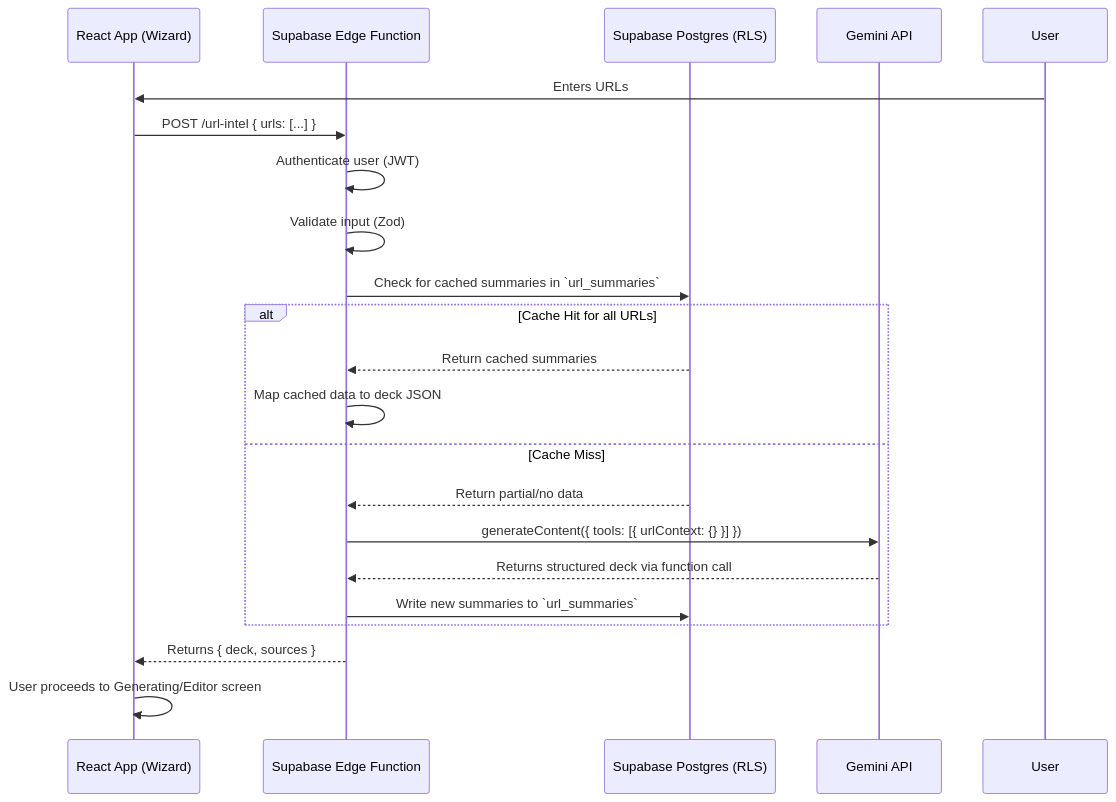
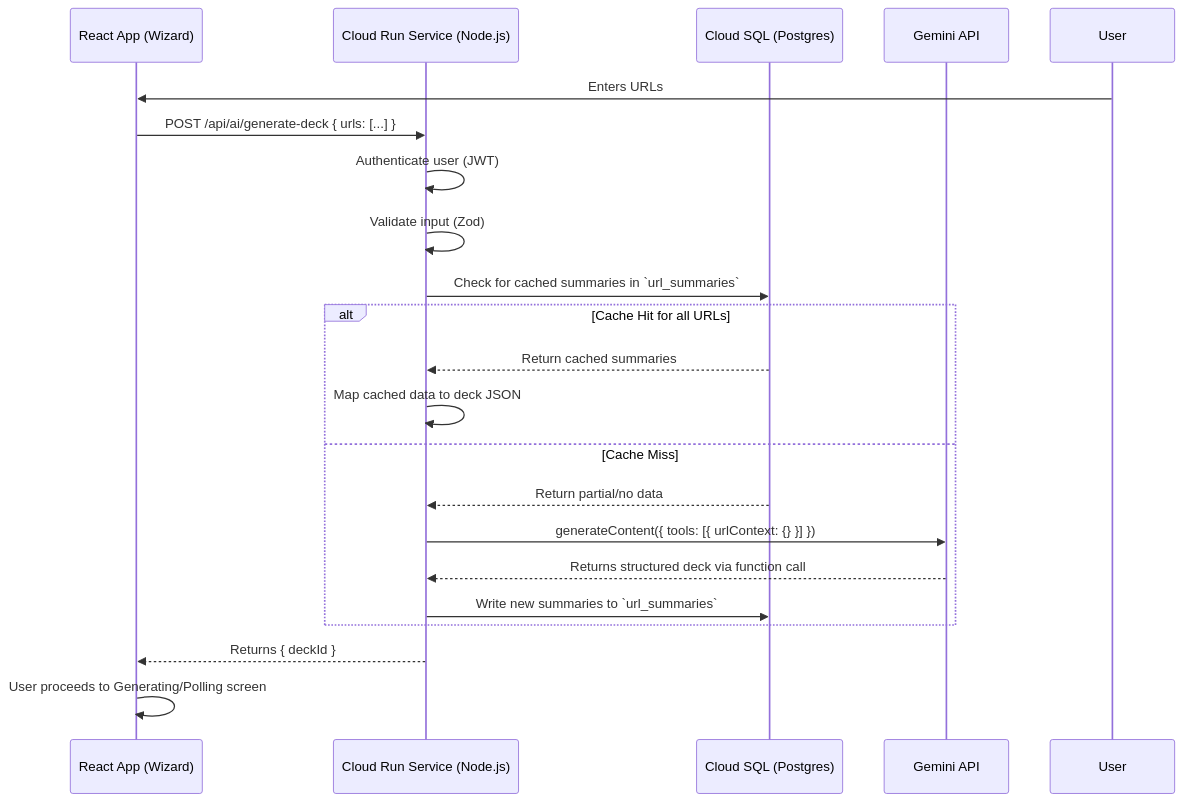
Before and after one commit to amo-tech-ai/sun100: the diagram in docs/38-url-context-wizard-plan.md, drawn with Mermaid. The commit also changed other lines of this file and 65 other files, not shown here.

````diff
--- a/docs/38-url-context-wizard-plan.md
+++ b/docs/38-url-context-wizard-plan.md
@@ -13,24 +13,24 @@
 ```mermaid
 sequenceDiagram
     participant Client as React App (Wizard)
-    participant Edge as Supabase Edge Function
-    participant DB as Supabase Postgres (RLS)
+    participant Backend as Cloud Run Service (Node.js)
+    participant DB as Cloud SQL (Postgres)
     participant Gemini as Gemini API
 
     User->>Client: Enters URLs
-    Client->>Edge: POST /url-intel { urls: [...] }
-    Edge->>Edge: Authenticate user (JWT)
-    Edge->>Edge: Validate input (Zod)
-    Edge->>DB: Check for cached summaries in `url_summaries`
+    Client->>Backend: POST /api/ai/generate-deck { urls: [...] }
+    Backend->>Backend: Authenticate user (JWT)
+    Backend->>Backend: Validate input (Zod)
+    Backend->>DB: Check for cached summaries in `url_summaries`
     alt Cache Hit for all URLs
-        DB-->>Edge: Return cached summaries
-        Edge->>Edge: Map cached data to deck JSON
+        DB-->>Backend: Return cached summaries
+        Backend->>Backend: Map cached data to deck JSON
     else Cache Miss
-        DB-->>Edge: Return partial/no data
-        Edge->>Gemini: generateContent({ tools: [{ urlContext: {} }] })
-        Gemini-->>Edge: Returns structured deck via function call
-        Edge->>DB: Write new summaries to `url_summaries`
+        DB-->>Backend: Return partial/no data
+        Backend->>Gemini: generateContent({ tools: [{ urlContext: {} }] })
+        Gemini-->>Backend: Returns structured deck via function call
+        Backend->>DB: Write new summaries to `url_summaries`
     end
-    Edge-->>Client: Returns { deck, sources }
-    Client->>Client: User proceeds to Generating/Editor screen
+    Backend-->>Client: Returns { deckId }
+    Client->>Client: User proceeds to Generating/Polling screen
 ```
````
